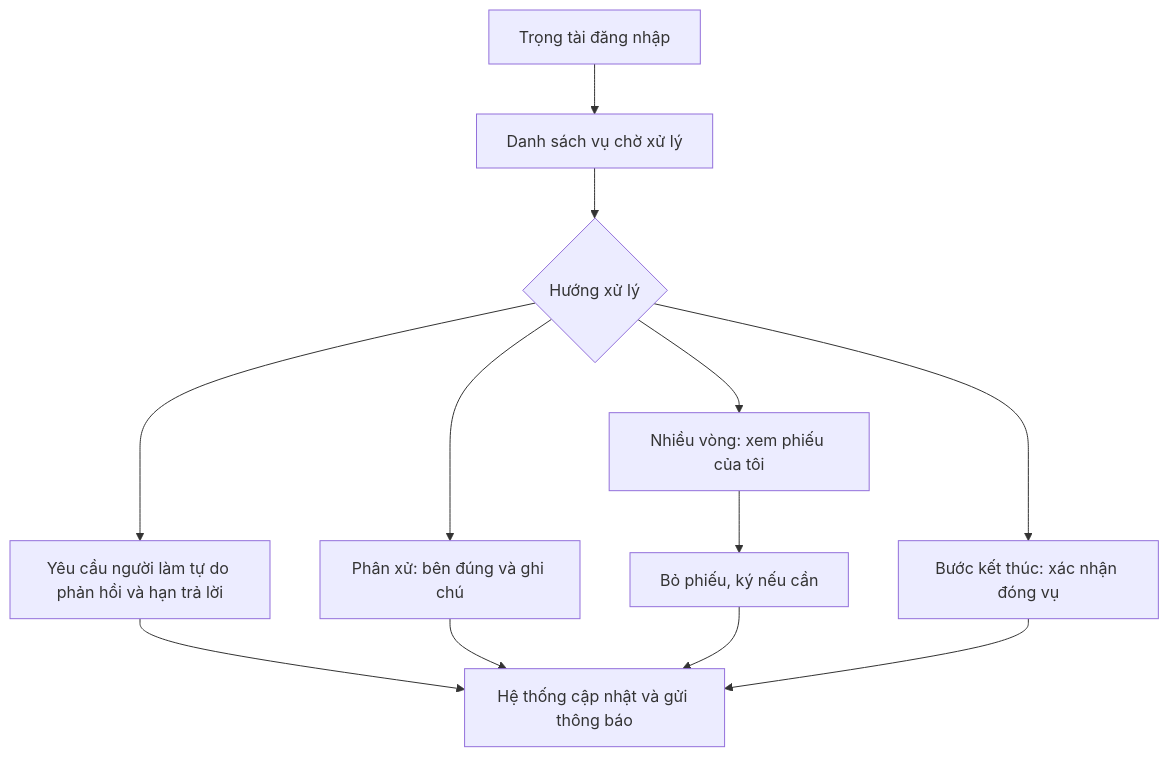
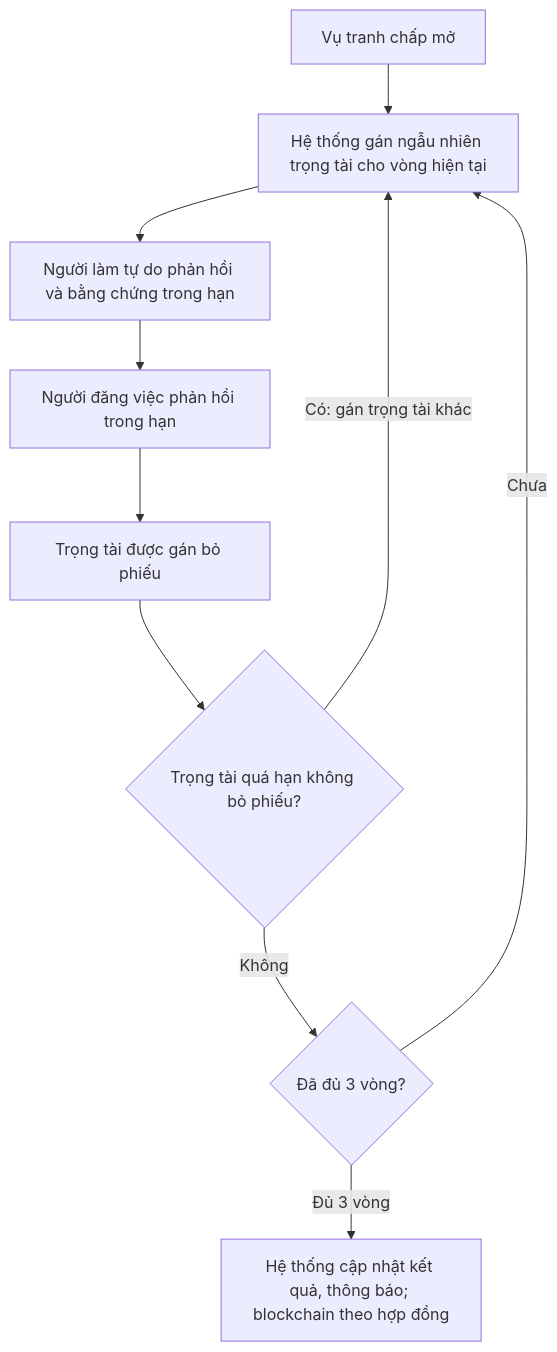
One commit to dmt041104111003/docs-nckh changed the first of 2 diagrams in trong-tai.md. Above: the diagram before and after it, drawn with Mermaid. The commit also changed other lines of this file and 9 other files, not shown here.

````diff
--- a/trong-tai.md
+++ b/trong-tai.md
@@ -23,14 +37,12 @@
 ```mermaid
-flowchart TD
-  A[Trọng tài đăng nhập] --> B[Danh sách vụ chờ xử lý]
-  B --> C{Hướng xử lý}
-  C --> D[Yêu cầu người làm tự do phản hồi và hạn trả lời]
-  C --> E[Phân xử: bên đúng và ghi chú]
-  C --> F[Nhiều vòng: xem phiếu của tôi]
-  F --> G[Bỏ phiếu, ký nếu cần]
-  C --> H[Bước kết thúc: xác nhận đóng vụ]
-  D --> I[Hệ thống cập nhật và gửi thông báo]
-  E --> I
-  G --> I
-  H --> I
+flowchart TB
+  START[Vụ tranh chấp mở] --> A[Hệ thống gán ngẫu nhiên trọng tài cho vòng hiện tại]
+  A --> B[Người làm tự do phản hồi và bằng chứng trong hạn]
+  B --> C[Người đăng việc phản hồi trong hạn]
+  C --> D[Trọng tài được gán bỏ phiếu]
+  D --> TO{Trọng tài quá hạn không bỏ phiếu?}
+  TO -->|Có: gán trọng tài khác| A
+  TO -->|Không| N{Đã đủ 3 vòng?}
+  N -->|Chưa| A
+  N -->|Đủ 3 vòng| E[Hệ thống cập nhật kết quả, thông báo; blockchain theo hợp đồng]
 ```
````
